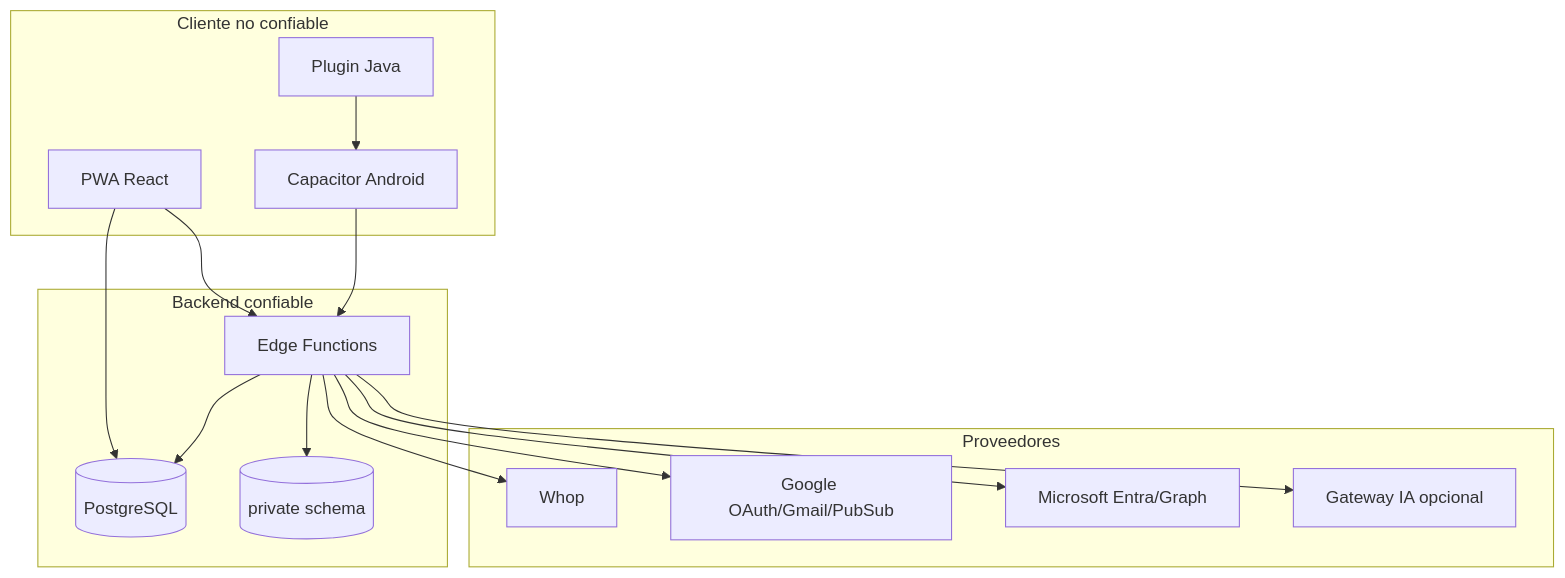
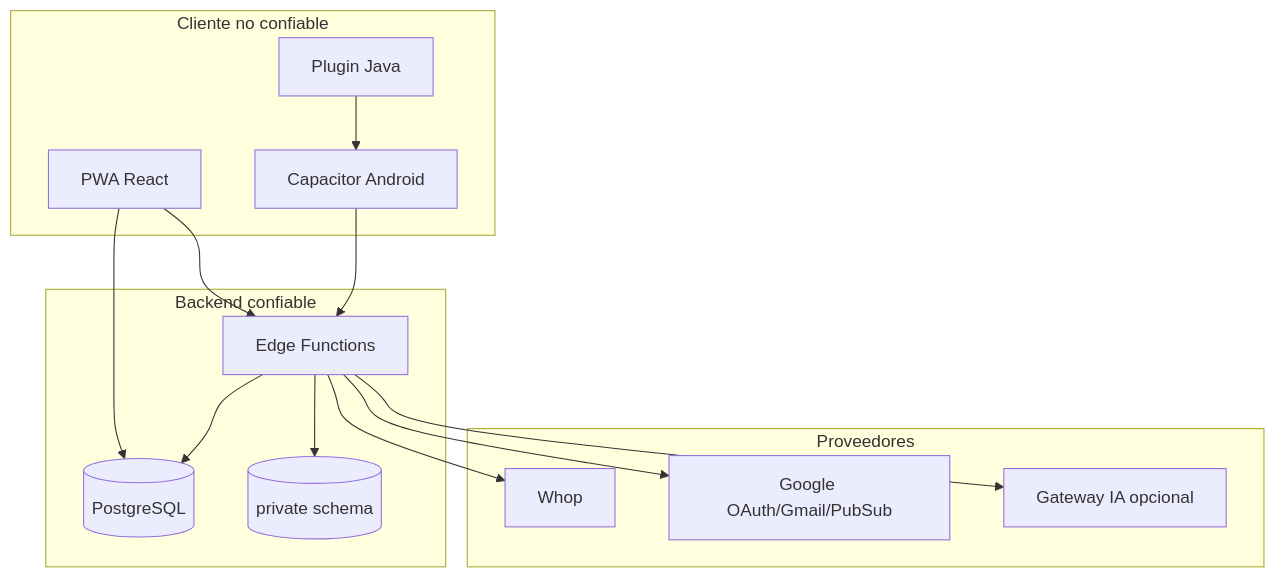
One commit to MarlonArcila/FINANCIAL_TRACKER changed the first of 3 diagrams in docs/ARCHITECTURE.md. Above: the diagram before and after it, drawn with Mermaid. The commit also changed other lines of this file and 14 other files, not shown here.

````diff
--- a/docs/ARCHITECTURE.md
+++ b/docs/ARCHITECTURE.md
@@ -14,32 +14,30 @@
 ```mermaid
 flowchart TB
   subgraph Untrusted[Cliente no confiable]
     WEB[PWA React]
     AND[Capacitor Android]
     NATIVE[Plugin Java]
   end
 
   subgraph Trusted[Backend confiable]
     EDGE[Edge Functions]
     DB[(PostgreSQL)]
     PRIVATE[(private schema)]
   end
 
   subgraph External[Proveedores]
     WHOP[Whop]
     GOOGLE[Google OAuth/Gmail/PubSub]
-    MS[Microsoft Entra/Graph]
     LLM[Gateway IA opcional]
   end
 
   WEB --> EDGE
   WEB --> DB
   AND --> EDGE
   NATIVE --> AND
   EDGE --> DB
   EDGE --> PRIVATE
   EDGE --> WHOP
   EDGE --> GOOGLE
-  EDGE --> MS
   EDGE --> LLM
 ```
````
